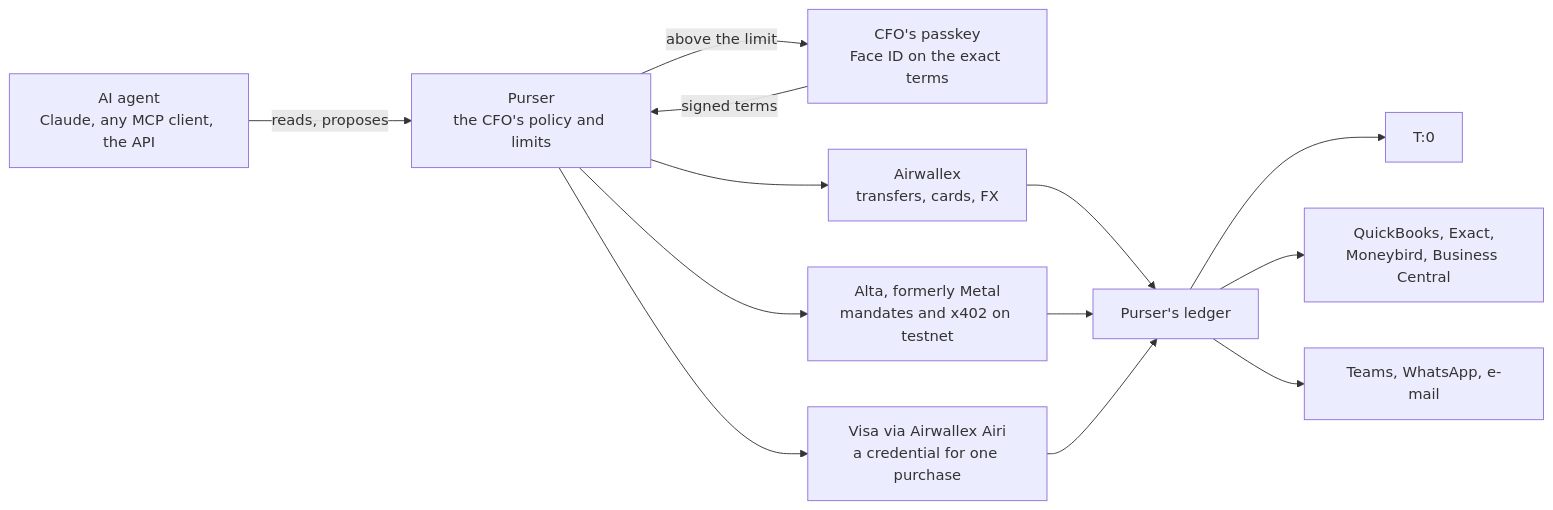
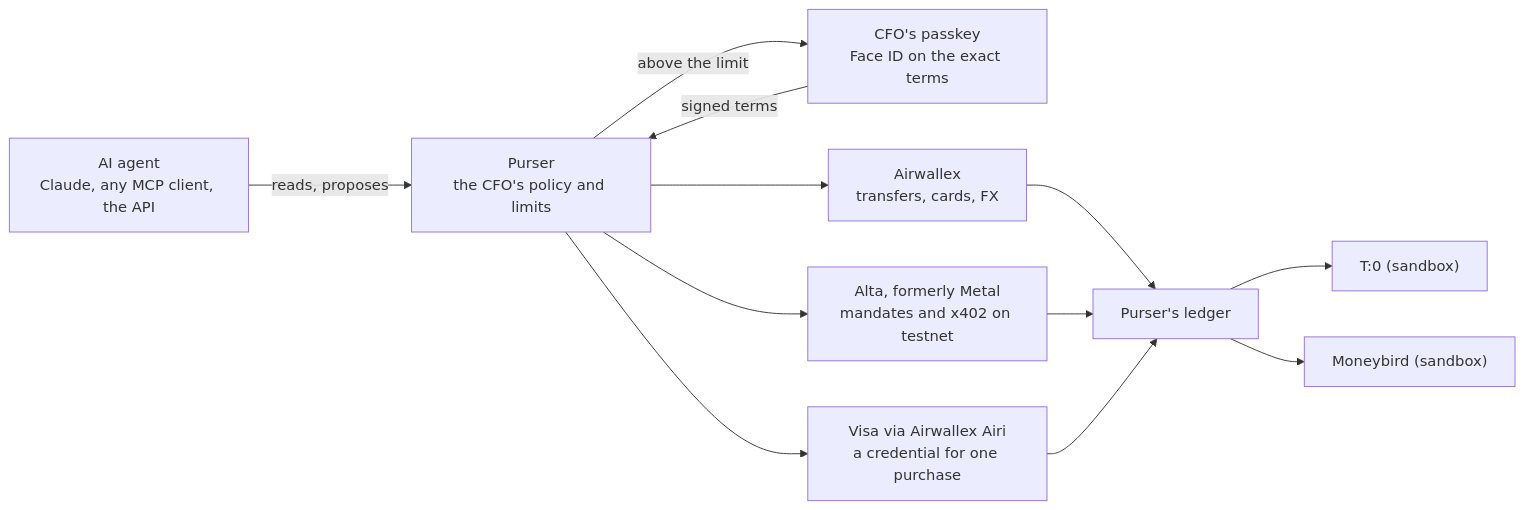
One commit to agamemnon-coder/x402-business-agents changed the diagram in docs/integrations/README.md. Above: the diagram before and after it, drawn with Mermaid. The commit also changed other lines of this file and 2 other files, not shown here.

````diff
--- a/docs/integrations/README.md
+++ b/docs/integrations/README.md
@@ -127,15 +95,14 @@
 ```mermaid
 flowchart LR
   agent["AI agent<br/>Claude, any MCP client, the API"] -->|reads, proposes| purser["Purser<br/>the CFO's policy and limits"]
   purser -->|above the limit| passkey["CFO's passkey<br/>Face ID on the exact terms"]
   passkey -->|signed terms| purser
   purser --> awx["Airwallex<br/>transfers, cards, FX"]
   purser --> alta["Alta, formerly Metal<br/>mandates and x402 on testnet"]
   purser --> airi["Visa via Airwallex Airi<br/>a credential for one purchase"]
   awx --> ledger["Purser's ledger"]
   alta --> ledger
   airi --> ledger
-  ledger --> t0["T:0"]
-  ledger --> books["QuickBooks, Exact,<br/>Moneybird, Business Central"]
-  ledger --> msgs["Teams, WhatsApp, e-mail"]
+  ledger --> t0["T:0 (sandbox)"]
+  ledger --> books["Moneybird (sandbox)"]
 ```
````
